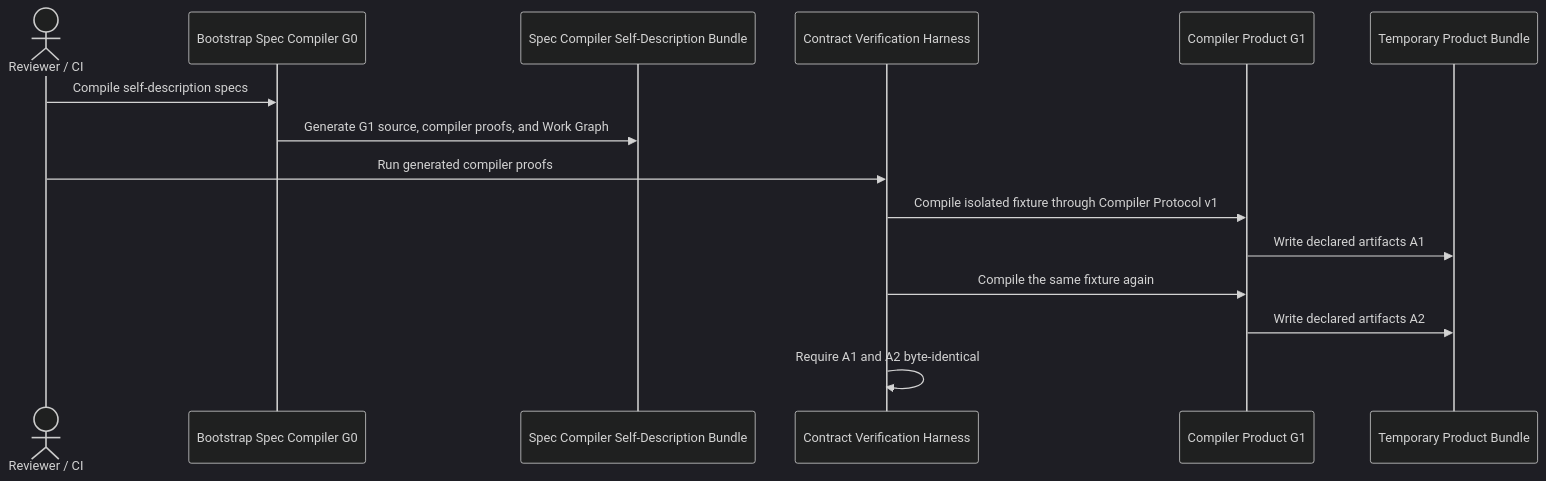
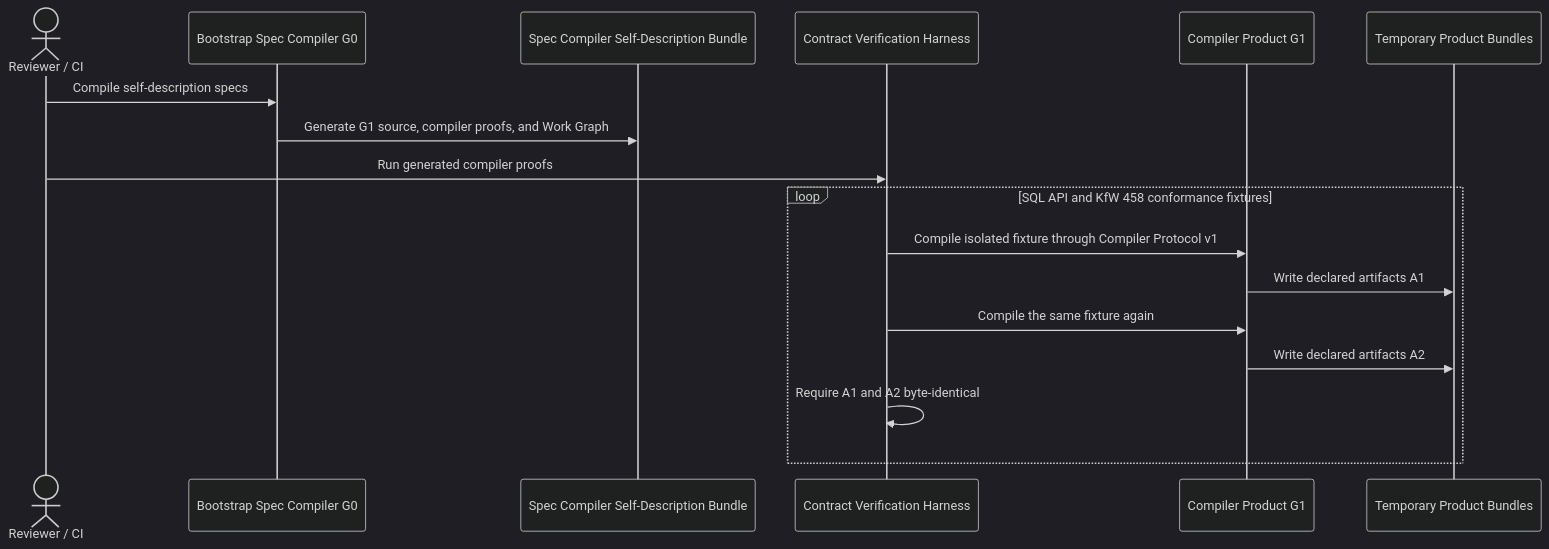
The fourth of 6 diagrams in docs/architecture/arc42.md (arturmiller/spec-compiler), drawn with Mermaid (dark theme) before and after one commit. The commit also changed other lines of this file and 48 other files, not shown here.

````diff
--- a/docs/architecture/arc42.md
+++ b/docs/architecture/arc42.md
@@ -253,18 +309,20 @@
 ```mermaid
 sequenceDiagram
     actor Operator as Reviewer / CI
     participant G0 as Bootstrap Spec Compiler G0
     participant Self as Spec Compiler Self-Description Bundle
     participant Harness as Contract Verification Harness
     participant G1 as Compiler Product G1
-    participant Fixture as Temporary Product Bundle
+    participant Fixtures as Temporary Product Bundles
 
     Operator->>G0: Compile self-description specs
     G0->>Self: Generate G1 source, compiler proofs, and Work Graph
     Operator->>Harness: Run generated compiler proofs
-    Harness->>G1: Compile isolated fixture through Compiler Protocol v1
-    G1->>Fixture: Write declared artifacts A1
-    Harness->>G1: Compile the same fixture again
-    G1->>Fixture: Write declared artifacts A2
-    Harness->>Harness: Require A1 and A2 byte-identical
+    loop SQL API and KfW 458 conformance fixtures
+        Harness->>G1: Compile isolated fixture through Compiler Protocol v1
+        G1->>Fixtures: Write declared artifacts A1
+        Harness->>G1: Compile the same fixture again
+        G1->>Fixtures: Write declared artifacts A2
+        Harness->>Harness: Require A1 and A2 byte-identical
+    end
 ```
````
